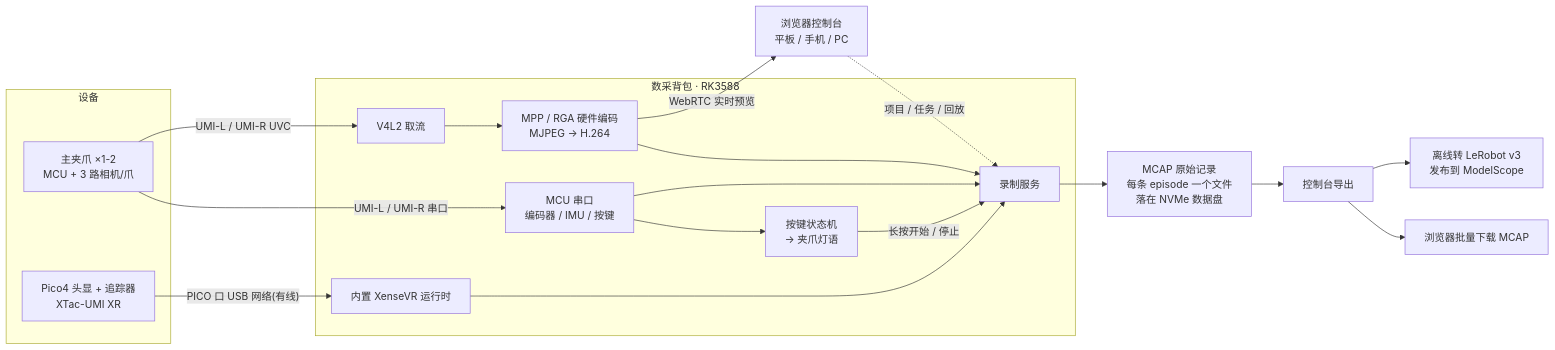
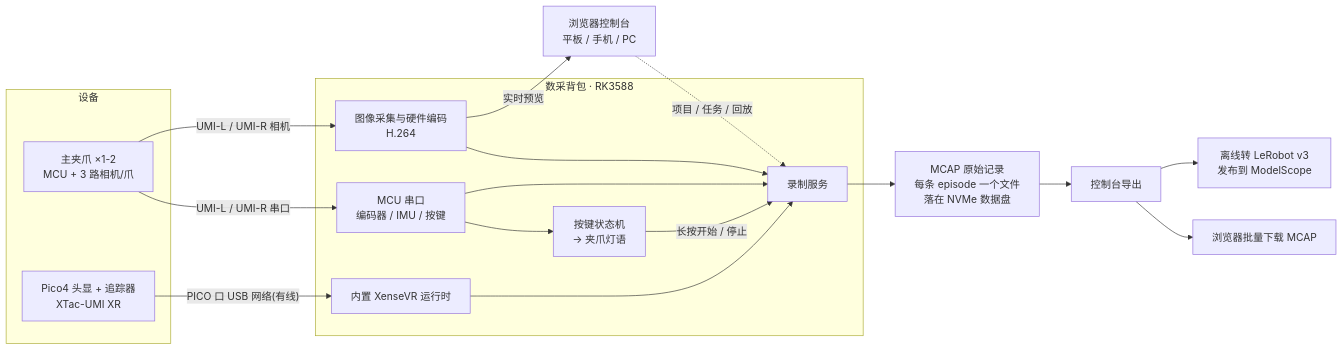
One commit to XenseRobotics-AI/XTac-UMI-G1-Docs changed the first of 2 diagrams in docs/product/g1.md. Above: the diagram before and after it, drawn with Mermaid. The commit also changed other lines of this file, not shown here.

Commit message:
docs: 背包版架构图收敛内部实现细节
产品页的读者不接触背包内部模块,这些名词对他是噪音,而且三个是全站唯一出现处:

- 「V4L2 取流」与「MPP / RGA 硬件编码」合并为「图像采集与硬件编码 H.264」
- 预览连线去掉 WebRTC,只写「实时预览」
- 引子不再提「Rust 服务」,改为「采集软件」

数据流向、按键触发录制、一次编码同时供预览与落盘、MCAP 是源 / LeRobot 是导出
这些读者要理解的信息都没动。PC 版那张图保持详细:那些名字是用户要亲手敲的。
MPP 在回放页仍保留,那里用来解释预览与回放为何互斥。

````diff
--- a/docs/product/g1.md
+++ b/docs/product/g1.md
@@ -33,30 +33,28 @@
 ```mermaid
 flowchart LR
     subgraph DEV["设备"]
         G["主夹爪 ×1-2<br/>MCU + 3 路相机/爪"]
         P["Pico4 头显 + 追踪器<br/>XTac-UMI XR"]
     end
     subgraph BP["数采背包 · RK3588"]
         MCU["MCU 串口<br/>编码器 / IMU / 按键"]
         KEY["按键状态机<br/>→ 夹爪灯语"]
-        V4L["V4L2 取流"]
-        MPP["MPP / RGA 硬件编码<br/>MJPEG → H.264"]
+        ENC["图像采集与硬件编码<br/>H.264"]
         VR["内置 XenseVR 运行时"]
         REC["录制服务"]
     end
     G -->|"UMI-L / UMI-R 串口"| MCU
-    G -->|"UMI-L / UMI-R UVC"| V4L
+    G -->|"UMI-L / UMI-R 相机"| ENC
     P -->|"PICO 口 USB 网络(有线)"| VR
     MCU --> KEY
     KEY -->|"长按开始 / 停止"| REC
     MCU --> REC
-    V4L --> MPP
-    MPP --> REC
+    ENC --> REC
     VR --> REC
-    MPP -->|"WebRTC 实时预览"| UI["浏览器控制台<br/>平板 / 手机 / PC"]
+    ENC -->|"实时预览"| UI["浏览器控制台<br/>平板 / 手机 / PC"]
     UI -.->|"项目 / 任务 / 回放"| REC
     REC --> MCAP["MCAP 原始记录<br/>每条 episode 一个文件<br/>落在 NVMe 数据盘"]
     MCAP --> EXP["控制台导出"]
     EXP --> DL["浏览器批量下载 MCAP"]
     EXP --> LR["离线转 LeRobot v3<br/>发布到 ModelScope"]
 ```
````
